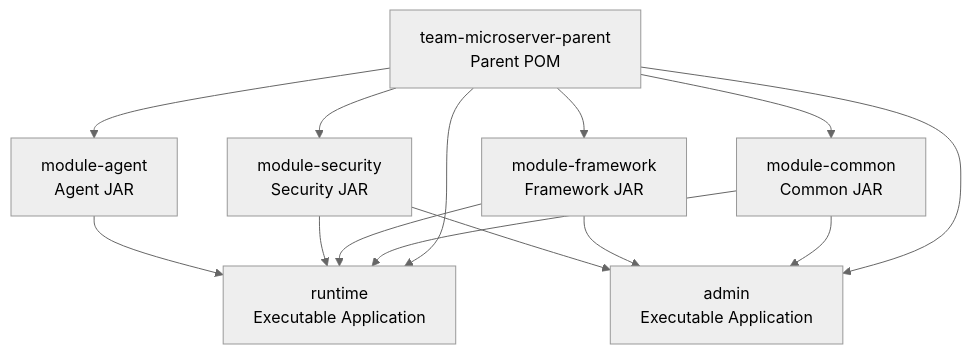
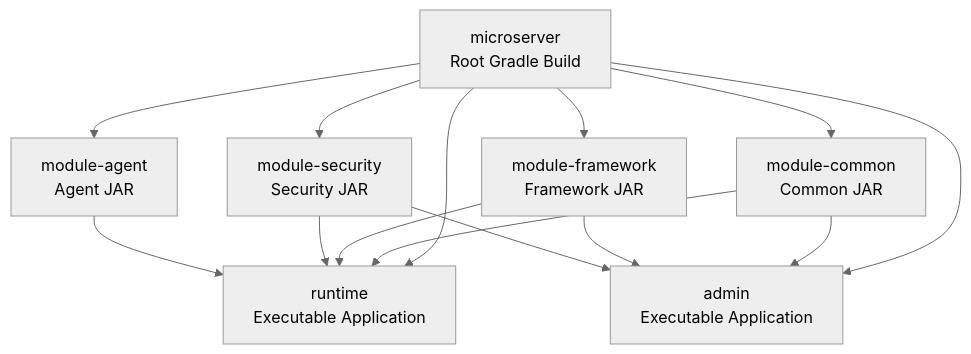
The second of 29 diagrams in docs/01_project_start/01_overview/architecture_direction.md (Team-Microserver/microserver-docs), drawn with Mermaid (neutral theme) before and after one commit. The commit also changed other lines of this file and 30 other files, not shown here.

````diff
--- a/docs/01_project_start/01_overview/architecture_direction.md
+++ b/docs/01_project_start/01_overview/architecture_direction.md
@@ -108,20 +108,20 @@
 ```mermaid
 flowchart TB
-    PARENT["team-microserver-parent<br/>Parent POM"]
+    ROOT["microserver<br/>Root Gradle Build"]
 
-    PARENT --> COMMON["module-common<br/>Common JAR"]
-    PARENT --> FRAMEWORK["module-framework<br/>Framework JAR"]
-    PARENT --> SECURITY["module-security<br/>Security JAR"]
-    PARENT --> AGENT["module-agent<br/>Agent JAR"]
-    PARENT --> RUNTIME["runtime<br/>Executable Application"]
-    PARENT --> ADMIN["admin<br/>Executable Application"]
+    ROOT --> COMMON["module-common<br/>Common JAR"]
+    ROOT --> FRAMEWORK["module-framework<br/>Framework JAR"]
+    ROOT --> SECURITY["module-security<br/>Security JAR"]
+    ROOT --> AGENT["module-agent<br/>Agent JAR"]
+    ROOT --> RUNTIME["runtime<br/>Executable Application"]
+    ROOT --> ADMIN["admin<br/>Executable Application"]
 
     COMMON --> RUNTIME
     FRAMEWORK --> RUNTIME
     SECURITY --> RUNTIME
     AGENT --> RUNTIME
 
     COMMON --> ADMIN
     FRAMEWORK --> ADMIN
     SECURITY --> ADMIN
 ```
````
